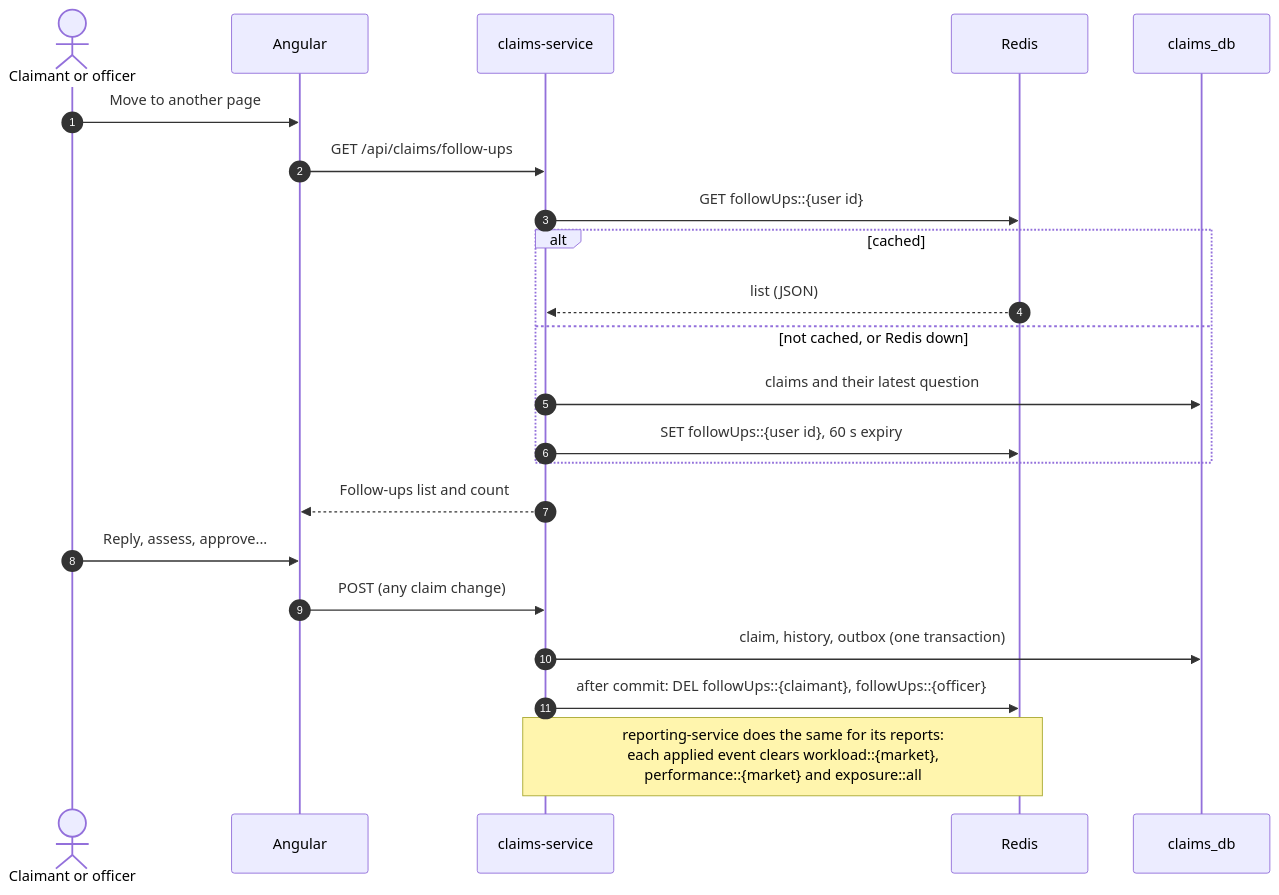
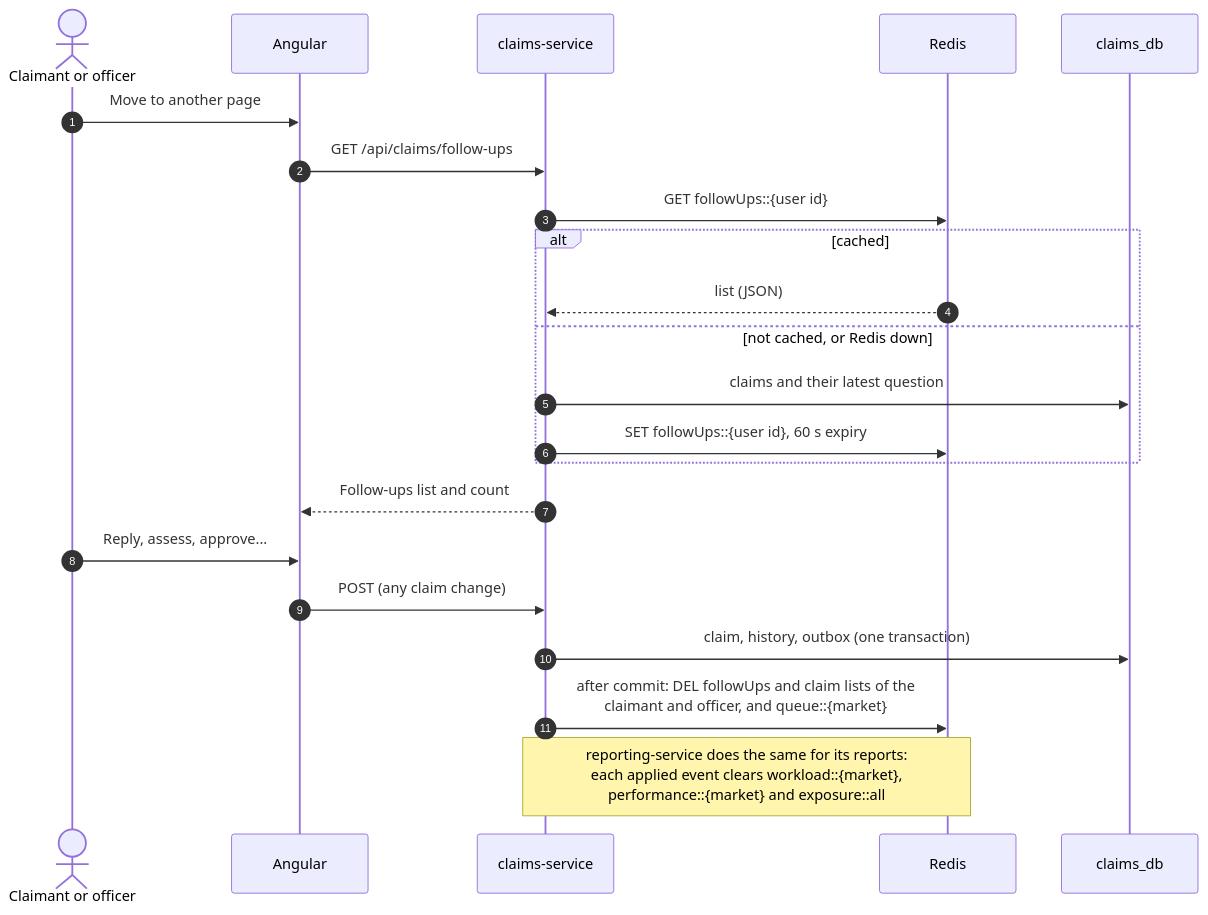
The fourth of 6 diagrams in docs/sequence-diagrams.md (ZenoHwan/claim-system), drawn with Mermaid before and after one commit. The commit also changed other lines of this file and 4 other files, not shown here.

Commit message:
docs: describe the Redis list cache and live push in the README, diagrams, design and journal

````diff
--- a/docs/sequence-diagrams.md
+++ b/docs/sequence-diagrams.md
@@ -149,27 +150,27 @@
 ```mermaid
 sequenceDiagram
     autonumber
     actor U as Claimant or officer
     participant UI as Angular
     participant CS as claims-service
     participant R as Redis
     participant DB as claims_db
 
     U->>UI: Move to another page
     UI->>CS: GET /api/claims/follow-ups
     CS->>R: GET followUps::{user id}
     alt cached
         R-->>CS: list (JSON)
     else not cached, or Redis down
         CS->>DB: claims and their latest question
         CS->>R: SET followUps::{user id}, 60 s expiry
     end
     CS-->>UI: Follow-ups list and count
 
     U->>UI: Reply, assess, approve...
     UI->>CS: POST (any claim change)
     CS->>DB: claim, history, outbox (one transaction)
-    CS->>R: after commit: DEL followUps::{claimant}, followUps::{officer}
+    CS->>R: after commit: DEL followUps and claim lists of the<br/>claimant and officer, and queue::{market}
 
     note over CS,R: reporting-service does the same for its reports:<br/>each applied event clears workload::{market},<br/>performance::{market} and exposure::all
 ```
````
